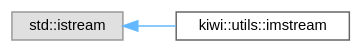
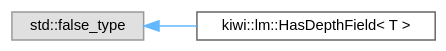
One commit to bab2min/Kiwi changed the diagram in inherit_graph_142.dot. Above: the diagram before and after it, drawn with Graphviz. The commit also changed 159 other files, not shown here.

```diff
--- a/inherit_graph_142.dot
+++ b/inherit_graph_142.dot
@@ -1,11 +1,11 @@
 digraph "Graphical Class Hierarchy"
 {
  // LATEX_PDF_SIZE
   bgcolor="transparent";
   edge [fontname=Helvetica,fontsize=10,labelfontname=Helvetica,labelfontsize=10];
   node [fontname=Helvetica,fontsize=10,shape=box,height=0.2,width=0.4];
   rankdir="LR";
-  Node0 [id="Node000000",label="std::istream",height=0.2,width=0.4,color="grey60", fillcolor="#E0E0E0", style="filled",tooltip=" "];
-  Node0 -> Node1 [id="edge22_Node000000_Node000001",dir="back",color="steelblue1",style="solid",tooltip=" "];
-  Node1 [id="Node000001",label="kiwi::utils::imstream",height=0.2,width=0.4,color="grey40", fillcolor="white", style="filled",URL="$classkiwi_1_1utils_1_1imstream.html",tooltip=" "];
+  Node0 [id="Node000000",label="std::false_type",height=0.2,width=0.4,color="grey60", fillcolor="#E0E0E0", style="filled",tooltip=" "];
+  Node0 -> Node1 [id="edge19_Node000000_Node000001",dir="back",color="steelblue1",style="solid",tooltip=" "];
+  Node1 [id="Node000001",label="kiwi::lm::HasDepthField\< T \>",height=0.2,width=0.4,color="grey40", fillcolor="white", style="filled",URL="$structkiwi_1_1lm_1_1HasDepthField.html",tooltip=" "];
 }
```
